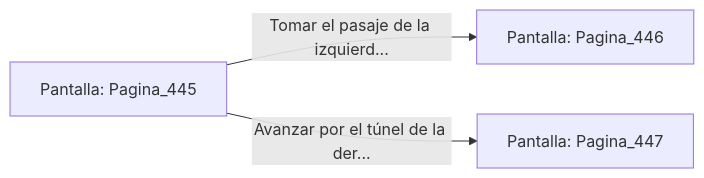
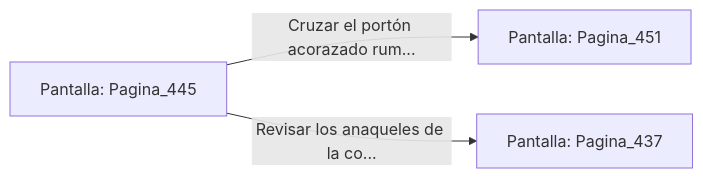
Before and after one commit to metsuke/mpl: the diagram in sample/eligejuego-vault/Pantalla_Pagina_445.md, drawn with Mermaid. The commit also changed other lines of this file and 635 other files, not shown here.

First line of the commit message:
fix: añadir Pagina_1 como pantalla inicial en capitulo_01.mpl

````diff
--- a/sample/eligejuego-vault/Pantalla_Pagina_445.md
+++ b/sample/eligejuego-vault/Pantalla_Pagina_445.md
@@ -20,6 +24,6 @@
 ```mermaid
 graph LR
     P_Pagina_445["Pantalla: Pagina_445"]
-    P_Pagina_445 -->|"Tomar el pasaje de la izquierd..."| P_Pagina_446["Pantalla: Pagina_446"]
-    P_Pagina_445 -->|"Avanzar por el túnel de la der..."| P_Pagina_447["Pantalla: Pagina_447"]
+    P_Pagina_445 -->|"Cruzar el portón acorazado rum..."| P_Pagina_451["Pantalla: Pagina_451"]
+    P_Pagina_445 -->|"Revisar los anaqueles de la co..."| P_Pagina_437["Pantalla: Pagina_437"]
 ```
````
